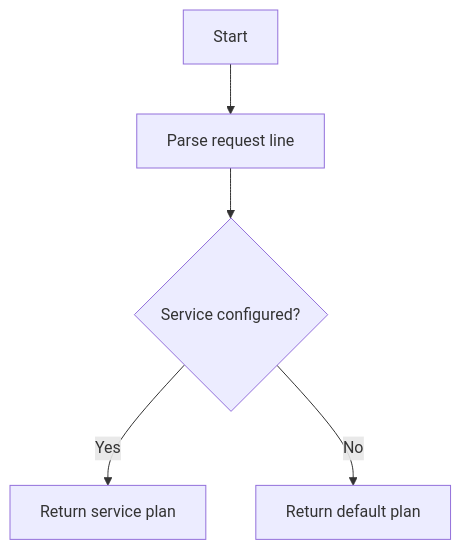
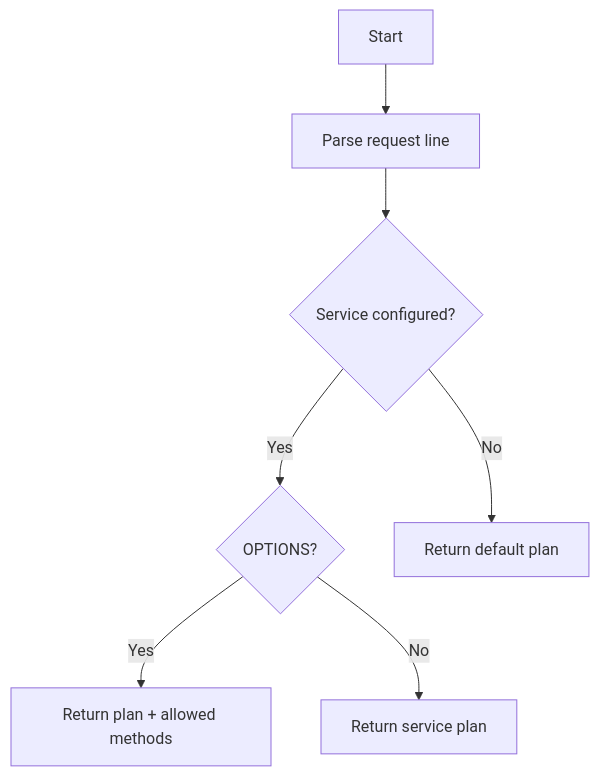
The diagram in docs/port_handler.md (SkySai1/icap-stub), drawn with Mermaid before and after one commit. The commit also changed other lines of this file and 8 other files, not shown here.

````diff
--- a/docs/port_handler.md
+++ b/docs/port_handler.md
@@ -22,7 +24,9 @@
 ```mermaid
 flowchart TD
     A[Start] --> B[Parse request line]
     B --> C{Service configured?}
-    C -- Yes --> D[Return service plan]
-    C -- No --> E[Return default plan]
+    C -- Yes --> D{OPTIONS?}
+    D -- Yes --> E[Return plan + allowed methods]
+    D -- No --> F[Return service plan]
+    C -- No --> G[Return default plan]
 ```
````
